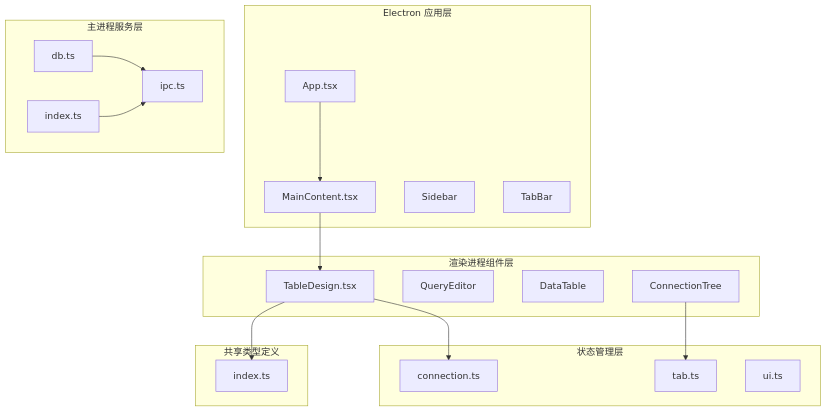
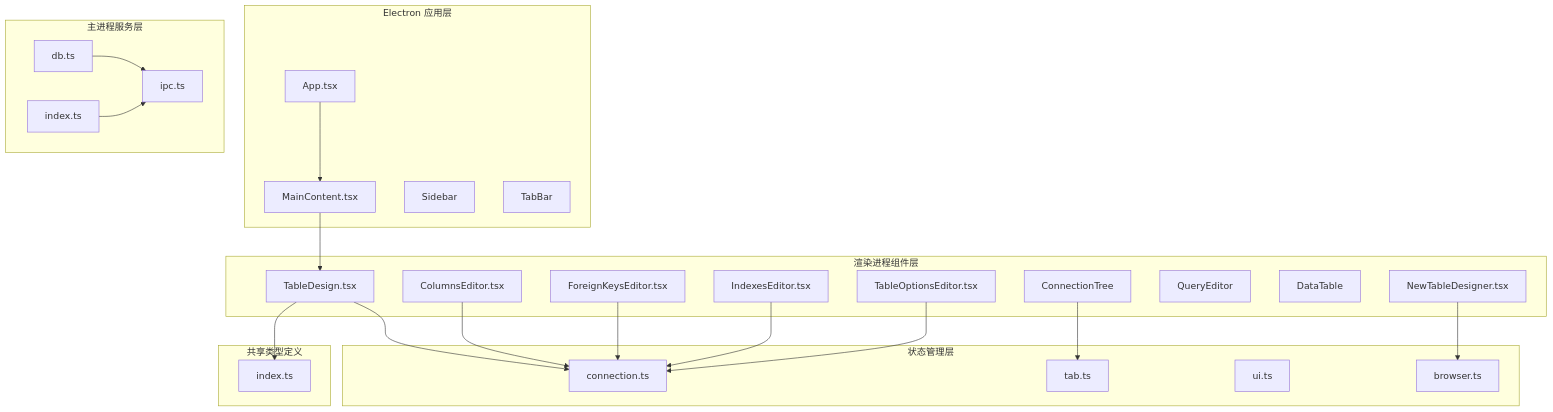
The first of 16 diagrams in .qoder/repowiki/zh/content/前端组件系统/表设计组件.md (wwenbo2048/nexsql), drawn with Mermaid before and after one commit. The commit also changed other lines of this file and 19 other files, not shown here.

````diff
--- a/.qoder/repowiki/zh/content/前端组件系统/表设计组件.md
+++ b/.qoder/repowiki/zh/content/前端组件系统/表设计组件.md
@@ -37,35 +54,46 @@
 ```mermaid
 graph TB
 subgraph "Electron 应用层"
 App[App.tsx]
 MainContent[MainContent.tsx]
 Sidebar[Sidebar]
 TabBar[TabBar]
 end
 subgraph "渲染进程组件层"
 TableDesign[TableDesign.tsx]
+NewTableDesigner[NewTableDesigner.tsx]
+ColumnsEditor[ColumnsEditor.tsx]
+ForeignKeysEditor[ForeignKeysEditor.tsx]
+IndexesEditor[IndexesEditor.tsx]
+TableOptionsEditor[TableOptionsEditor.tsx]
 QueryEditor[QueryEditor]
 DataTable[DataTable]
 ConnectionTree[ConnectionTree]
 end
 subgraph "状态管理层"
 ConnectionStore[connection.ts]
 TabStore[tab.ts]
 UIStore[ui.ts]
+BrowserStore[browser.ts]
 end
 subgraph "共享类型定义"
 Types[index.ts]
 end
 subgraph "主进程服务层"
 DBService[db.ts]
 IPC[ipc.ts]
 Preload[index.ts]
 end
 App --> MainContent
 MainContent --> TableDesign
 TableDesign --> ConnectionStore
 TableDesign --> Types
+NewTableDesigner --> BrowserStore
+ColumnsEditor --> ConnectionStore
+ForeignKeysEditor --> ConnectionStore
+IndexesEditor --> ConnectionStore
+TableOptionsEditor --> ConnectionStore
 ConnectionTree --> TabStore
 DBService --> IPC
 Preload --> IPC
 ```
````
